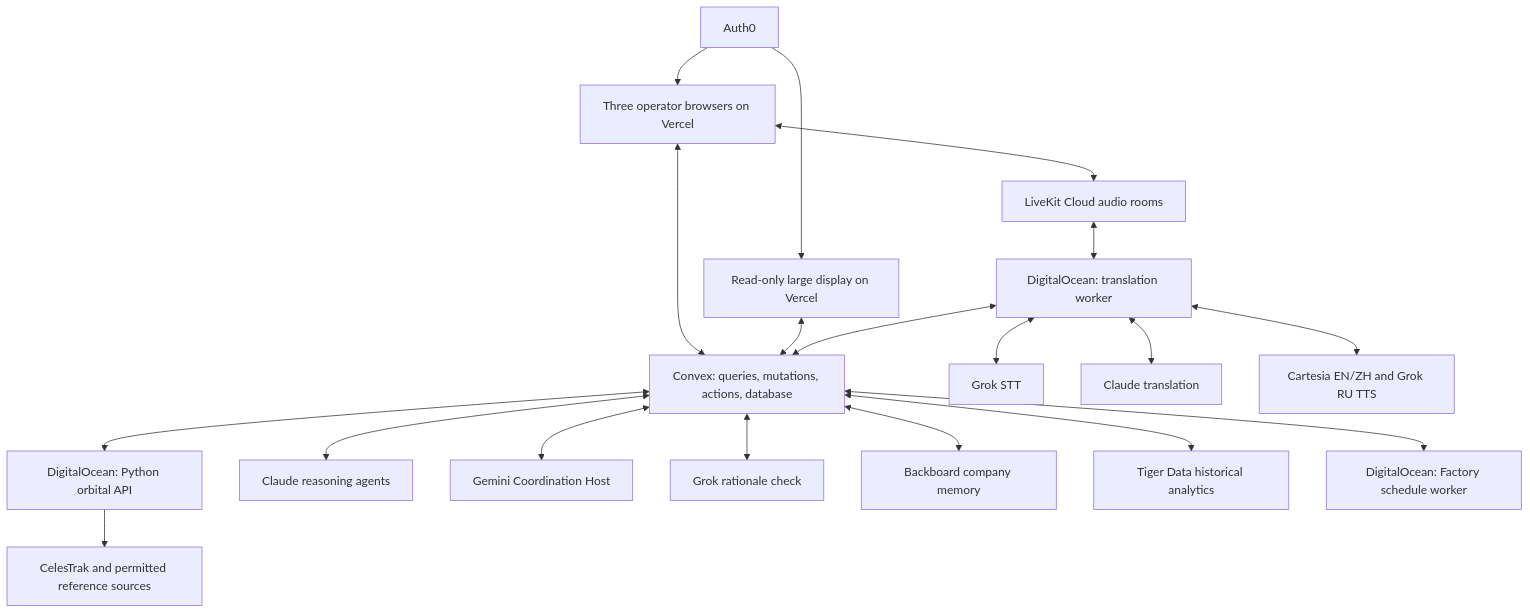
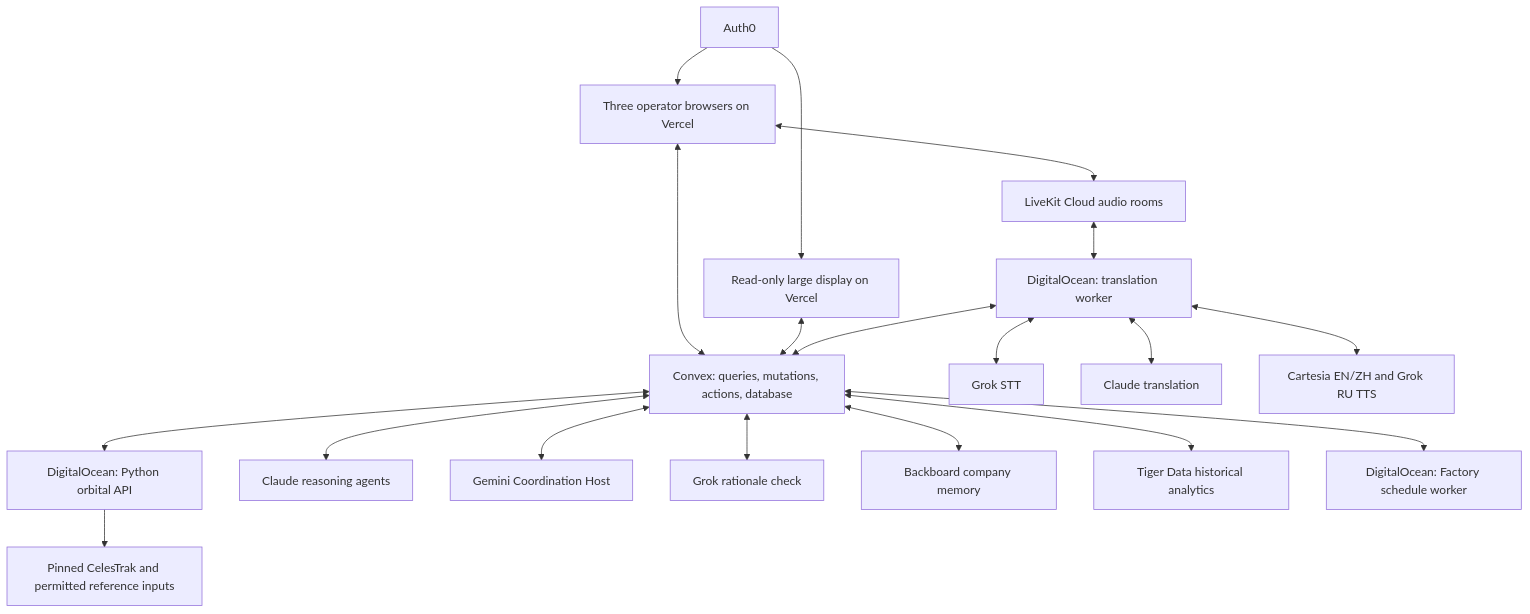
The diagram in docs/master-roadmap.md (ksavkin/OrbitCall), drawn with Mermaid before and after one commit. The commit also changed other lines of this file and 8 other files, not shown here.

````diff
--- a/docs/master-roadmap.md
+++ b/docs/master-roadmap.md
@@ -239,21 +241,21 @@
 ```mermaid
 flowchart TD
     UI[Three operator browsers on Vercel] <--> CV[Convex: queries, mutations, actions, database]
     OBS[Read-only large display on Vercel] <--> CV
     AUTH[Auth0] --> UI
     AUTH --> OBS
     CV <--> ORBIT[DigitalOcean: Python orbital API]
-    ORBIT --> DATA[CelesTrak and permitted reference sources]
+    ORBIT --> DATA[Pinned CelesTrak and permitted reference inputs]
     CV <--> CLAUDE[Claude reasoning agents]
     CV <--> GEMINI[Gemini Coordination Host]
     CV <--> CHECK[Grok rationale check]
     CV <--> MEMORY[Backboard company memory]
     CV <--> TIGER[Tiger Data historical analytics]
     CV <--> FACTORY[DigitalOcean: Factory schedule worker]
     UI <--> LK[LiveKit Cloud audio rooms]
     LK <--> VOICE[DigitalOcean: translation worker]
     VOICE <--> STT[Grok STT]
     VOICE <--> TRANS[Claude translation]
     VOICE <--> TTS[Cartesia EN/ZH and Grok RU TTS]
     VOICE <--> CV
 ```
````
